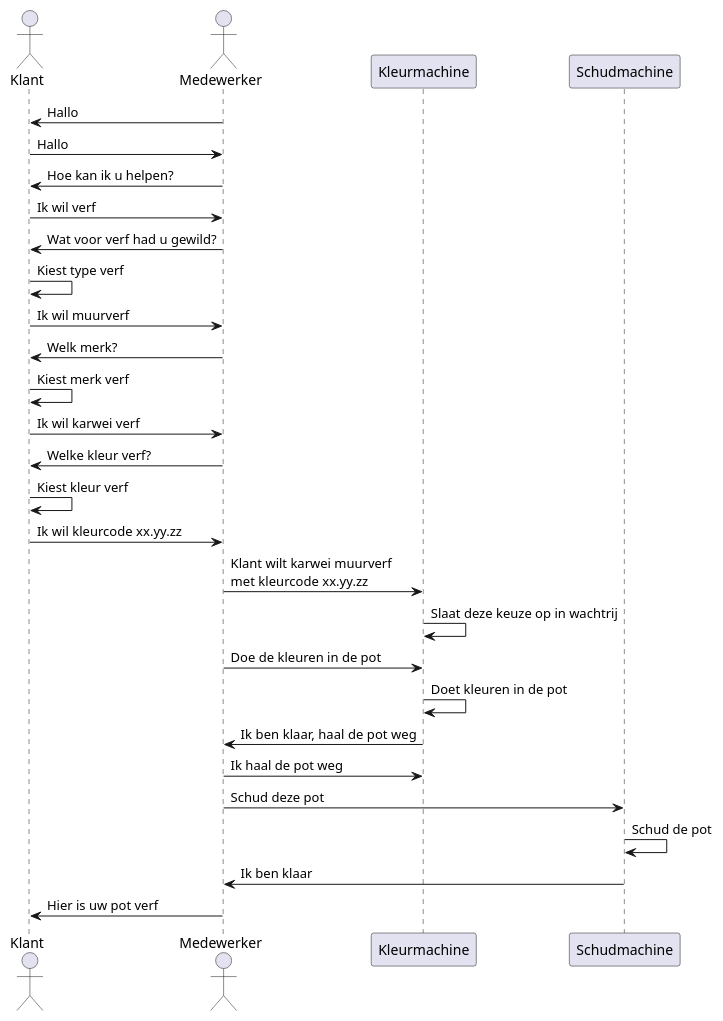
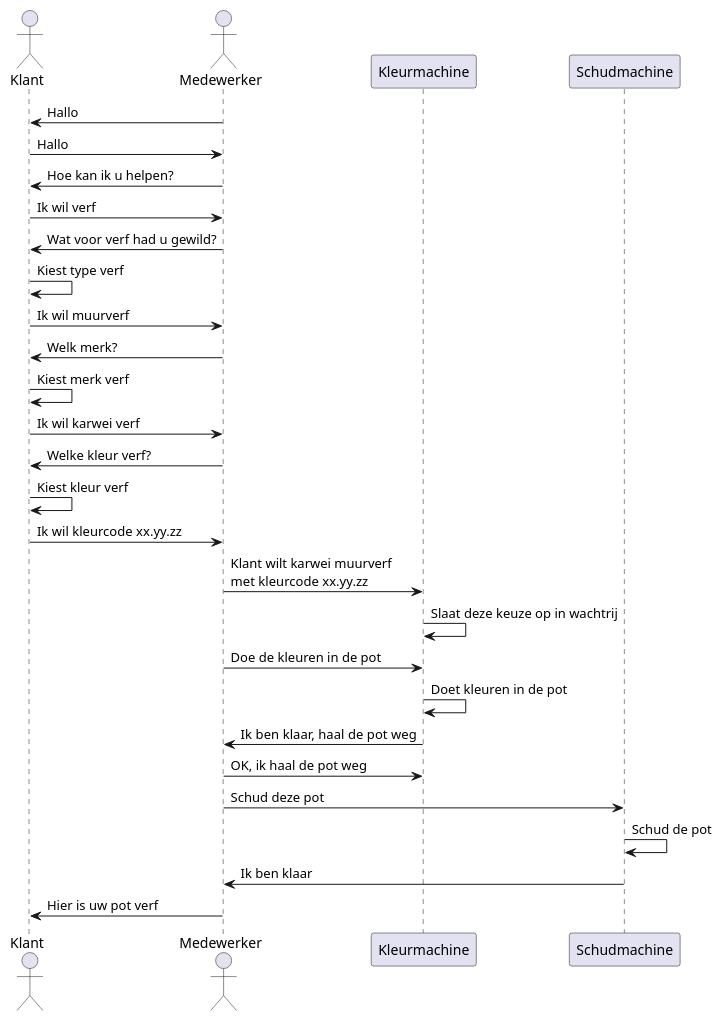
One commit to RickValkSaxion/Virtual_PLC_project changed the first of 2 diagrams in MDBook/src/chapter_1.md. Above: the diagram before and after it, drawn with PlantUML.

Commit message:
Changed message

````diff
--- a/MDBook/src/chapter_1.md
+++ b/MDBook/src/chapter_1.md
@@ -4,32 +4,32 @@
 ```plantuml
 @startuml
 actor Klant as klt
 actor Medewerker as kwm
 participant Kleurmachine as klm
 participant Schudmachine as sdm
 
 kwm -> klt : Hallo
 klt -> kwm : Hallo
 kwm -> klt : Hoe kan ik u helpen?
 klt -> kwm : Ik wil verf
 kwm -> klt : Wat voor verf had u gewild?
 klt -> klt : Kiest type verf
 klt -> kwm : Ik wil muurverf
 kwm -> klt : Welk merk?
 klt -> klt : Kiest merk verf
 klt -> kwm : Ik wil karwei verf
 kwm -> klt : Welke kleur verf?
 klt -> klt : Kiest kleur verf
 klt -> kwm : Ik wil kleurcode xx.yy.zz
 kwm -> klm : Klant wilt karwei muurverf \nmet kleurcode xx.yy.zz
 klm -> klm : Slaat deze keuze op in wachtrij
 kwm -> klm : Doe de kleuren in de pot
 klm -> klm : Doet kleuren in de pot
 klm -> kwm : Ik ben klaar, haal de pot weg
-kwm -> klm : Ik haal de pot weg
+kwm -> klm : OK, ik haal de pot weg
 kwm -> sdm : Schud deze pot
 sdm -> sdm : Schud de pot
 sdm -> kwm : Ik ben klaar
 kwm -> klt : Hier is uw pot verf
 @enduml
 ```
````
